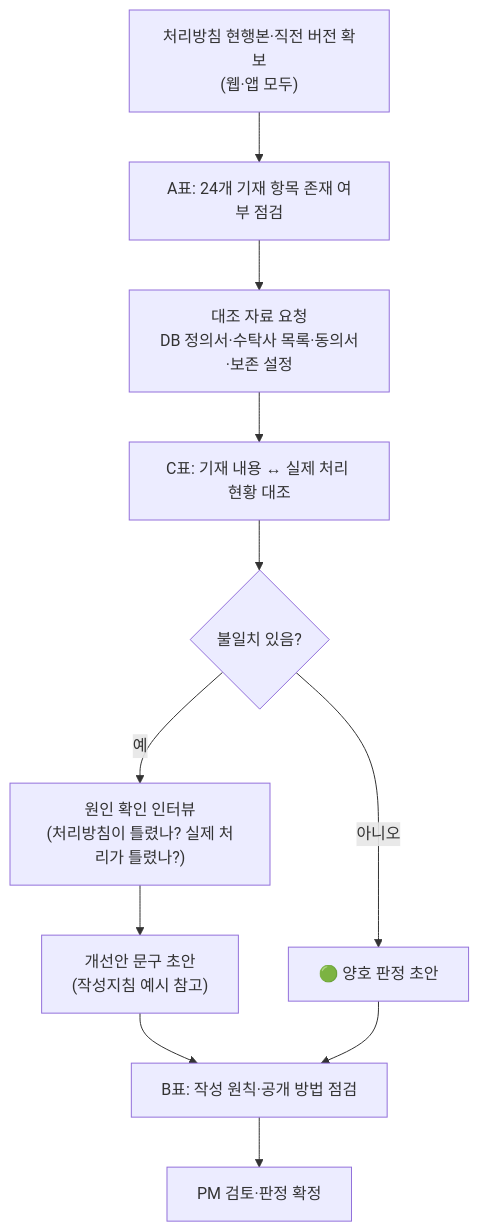
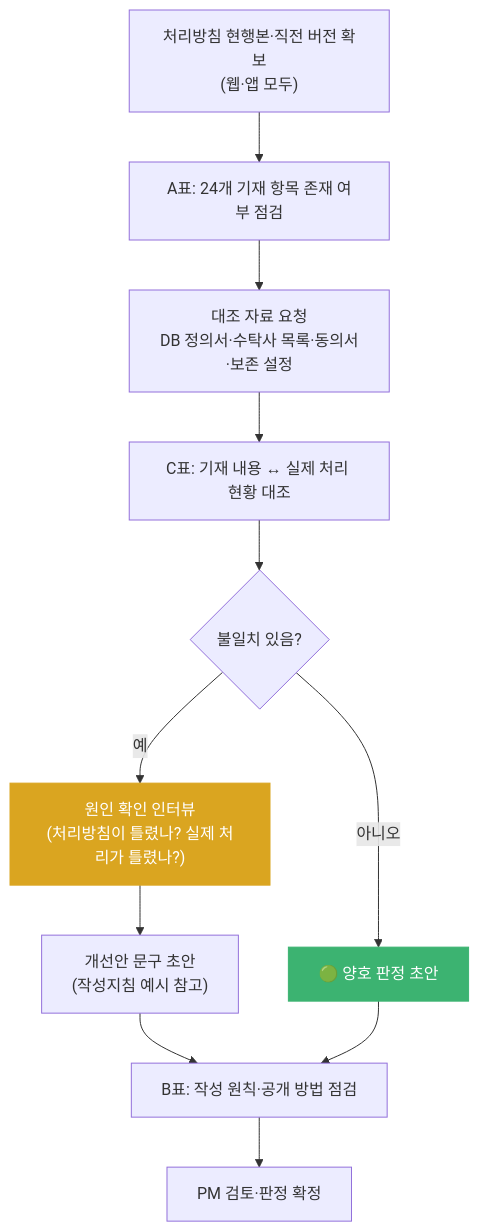
One commit to sinbearr/Advanced_PrivacyStudy changed the second of 4 diagrams in 1_학습_챕터/1주차_컨설팅_기본기/03_개인정보처리방침_진단.md. Above: the diagram before and after it, drawn with Mermaid. The commit also changed other lines of this file and 3 other files, not shown here.

````diff
--- a/1_학습_챕터/1주차_컨설팅_기본기/03_개인정보처리방침_진단.md
+++ b/1_학습_챕터/1주차_컨설팅_기본기/03_개인정보처리방침_진단.md
@@ -54,13 +102,17 @@
 ```mermaid
 flowchart TD
     A["처리방침 현행본·직전 버전 확보<br/>(웹·앱 모두)"] --> B["A표: 24개 기재 항목 존재 여부 점검"]
     B --> C["대조 자료 요청<br/>DB 정의서·수탁사 목록·동의서·보존 설정"]
     C --> D["C표: 기재 내용 ↔ 실제 처리 현황 대조"]
     D --> E{"불일치 있음?"}
     E -->|"예"| F["원인 확인 인터뷰<br/>(처리방침이 틀렸나? 실제 처리가 틀렸나?)"]
     E -->|"아니오"| G["🟢 양호 판정 초안"]
     F --> H["개선안 문구 초안<br/>(작성지침 예시 참고)"]
     H --> I["B표: 작성 원칙·공개 방법 점검"]
     G --> I
     I --> J["PM 검토·판정 확정"]
+    classDef warn fill:#daa520,stroke:#daa520,color:#fff
+    classDef safe fill:#3cb371,stroke:#3cb371,color:#fff
+    class F warn
+    class G safe
 ```
````
